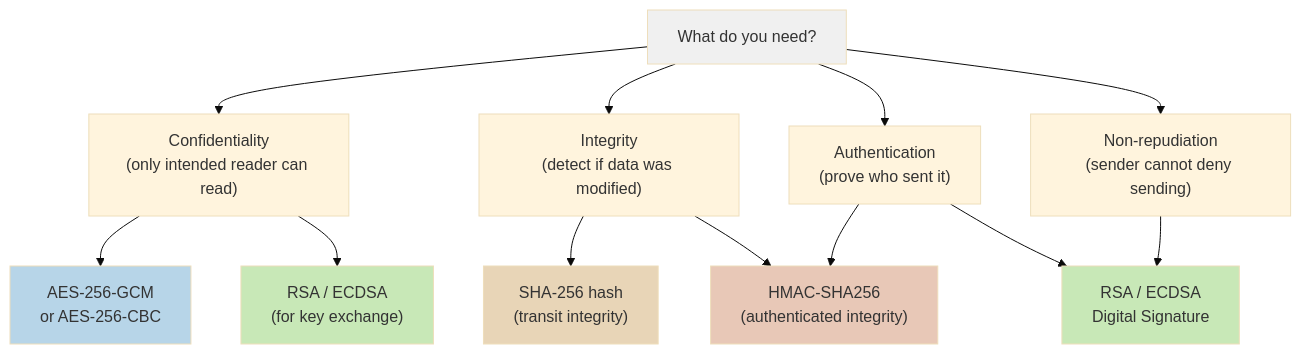
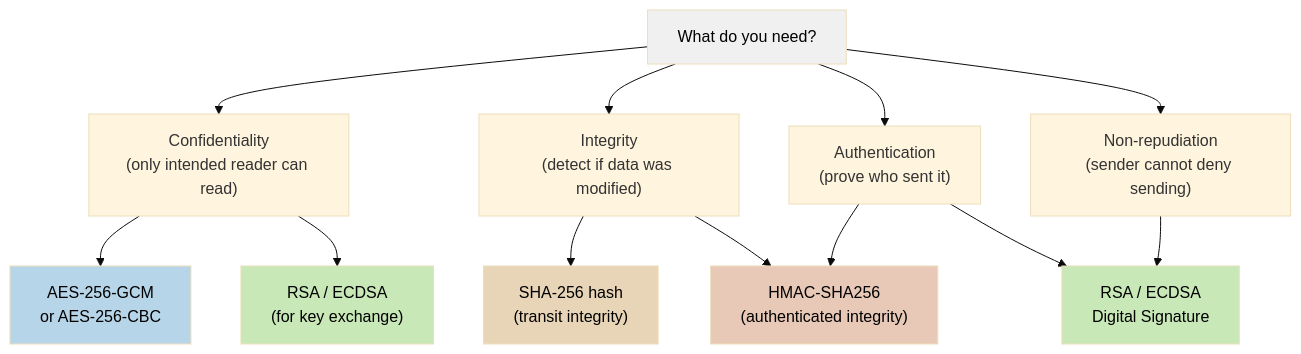
Before and after one commit to csoares/SecurityJava: diagram 19 of 19 in README.md, drawn with Mermaid (base theme). The commit also changed other lines of this file, not shown here.

Commit message:
Add explicit text color to all Mermaid node style declarations All fill-colored nodes now have color:#000000 set explicitly, ensuring readable text contrast regardless of GitHub's theme.

````diff
--- a/README.md
+++ b/README.md
@@ -575,25 +575,25 @@
 ```mermaid
 flowchart TD
     Q["What do you need?"]
 
     Q --> CONF["Confidentiality<br/>(only intended reader can read)"]
     Q --> INT["Integrity<br/>(detect if data was modified)"]
     Q --> AUTH["Authentication<br/>(prove who sent it)"]
     Q --> NONREP["Non-repudiation<br/>(sender cannot deny sending)"]
 
     CONF --> AES["AES-256-GCM<br/>or AES-256-CBC"]
     INT --> HASH["SHA-256 hash<br/>(transit integrity)"]
     INT --> HMAC2["HMAC-SHA256<br/>(authenticated integrity)"]
     AUTH --> HMAC2
     AUTH --> SIG["RSA / ECDSA<br/>Digital Signature"]
     NONREP --> SIG
 
     CONF --> RSA2["RSA / ECDSA<br/>(for key exchange)"]
 
-    style Q fill:#f0f0f0
-    style AES fill:#b7d5e8
-    style HASH fill:#e8d5b7
-    style HMAC2 fill:#e8c8b7
-    style SIG fill:#c8e8b7
-    style RSA2 fill:#c8e8b7
+    style Q fill:#f0f0f0,color:#000000
+    style AES fill:#b7d5e8,color:#000000
+    style HASH fill:#e8d5b7,color:#000000
+    style HMAC2 fill:#e8c8b7,color:#000000
+    style SIG fill:#c8e8b7,color:#000000
+    style RSA2 fill:#c8e8b7,color:#000000
 ```
````
